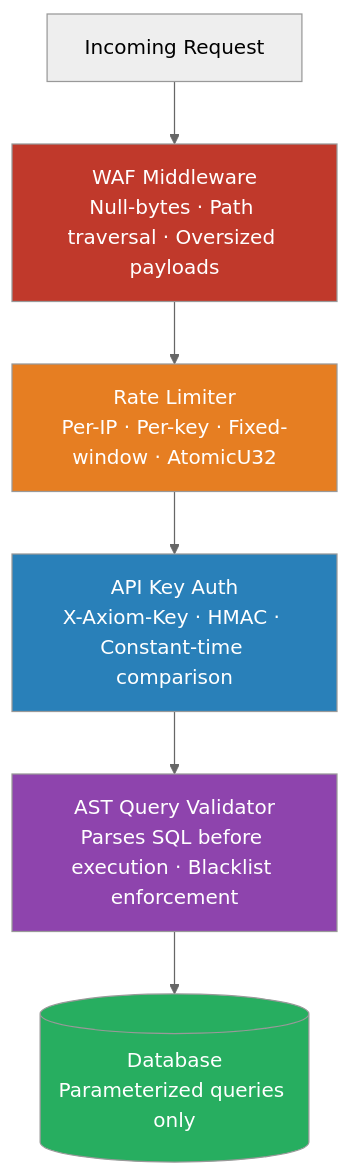
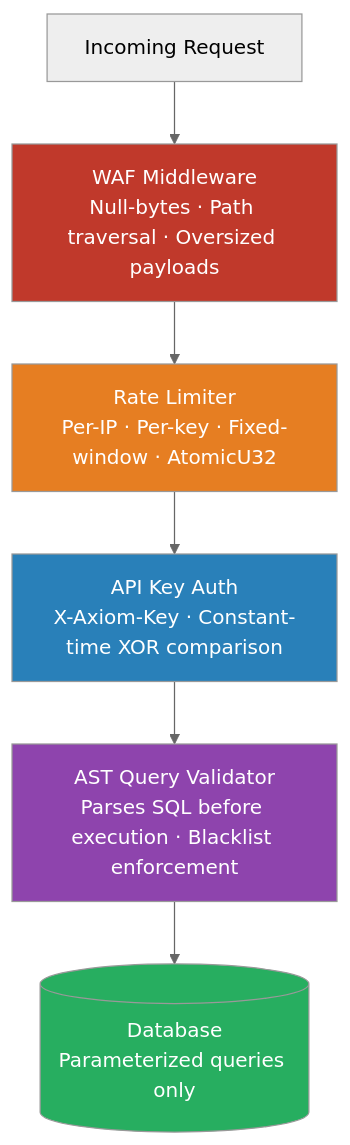
The diagram in docs/system/SECURITY.md (toxichome-whoami/axiom), drawn with Mermaid (neutral theme) before and after one commit. The commit also changed 2 other files, not shown here.

Commit message:
docs: sync API query response format, timeout unit, security diagram, and cache config
- Added missing query_results_ttl to config.example.toml [cache] section.
- Fixed /query response structure in API.md to match actual top-level format and corrected timeout unit to seconds.
- Updated SECURITY.md pipeline diagram to reflect XOR constant-time comparison instead of HMAC.

````diff
--- a/docs/system/SECURITY.md
+++ b/docs/system/SECURITY.md
@@ -14,13 +14,13 @@
 ```mermaid
 flowchart TD
     A["Incoming Request"] --> B[" WAF Middleware\nNull-bytes · Path traversal · Oversized payloads"]
     B --> C[" Rate Limiter\nPer-IP · Per-key · Fixed-window · AtomicU32"]
-    C --> D[" API Key Auth\nX-Axiom-Key · HMAC · Constant-time comparison"]
+    C --> D[" API Key Auth\nX-Axiom-Key · Constant-time XOR comparison"]
     D --> E[" AST Query Validator\nParses SQL before execution · Blacklist enforcement"]
     E --> F[(" Database\nParameterized queries only")]
     style B fill:#c0392b,color:#fff
     style C fill:#e67e22,color:#fff
     style D fill:#2980b9,color:#fff
     style E fill:#8e44ad,color:#fff
     style F fill:#27ae60,color:#fff
 ```
````
